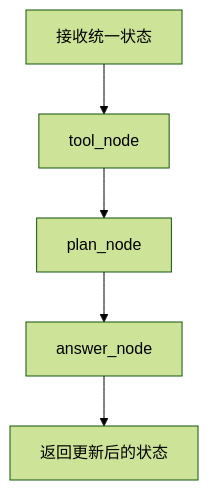
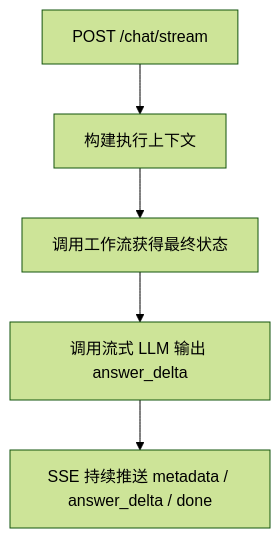
One commit to yeqiana/AgentOps changed the third of 5 diagrams in docs/enterprise/详细设计说明书.md. Above: the diagram before and after it, drawn with Mermaid (forest theme). The commit also changed other lines of this file and 22 other files, not shown here.

````diff
--- a/docs/enterprise/详细设计说明书.md
+++ b/docs/enterprise/详细设计说明书.md
@@ -135,7 +448,7 @@
 ```mermaid
 flowchart TD
-    A[接收统一状态] --> B[tool_node]
-    B --> C[plan_node]
-    C --> D[answer_node]
-    D --> E[返回更新后的状态]
+    A[POST /chat/stream] --> B[构建执行上下文]
+    B --> C[调用工作流获得最终状态]
+    C --> D[调用流式 LLM 输出 answer_delta]
+    D --> E[SSE 持续推送 metadata / answer_delta / done]
 ```
````
